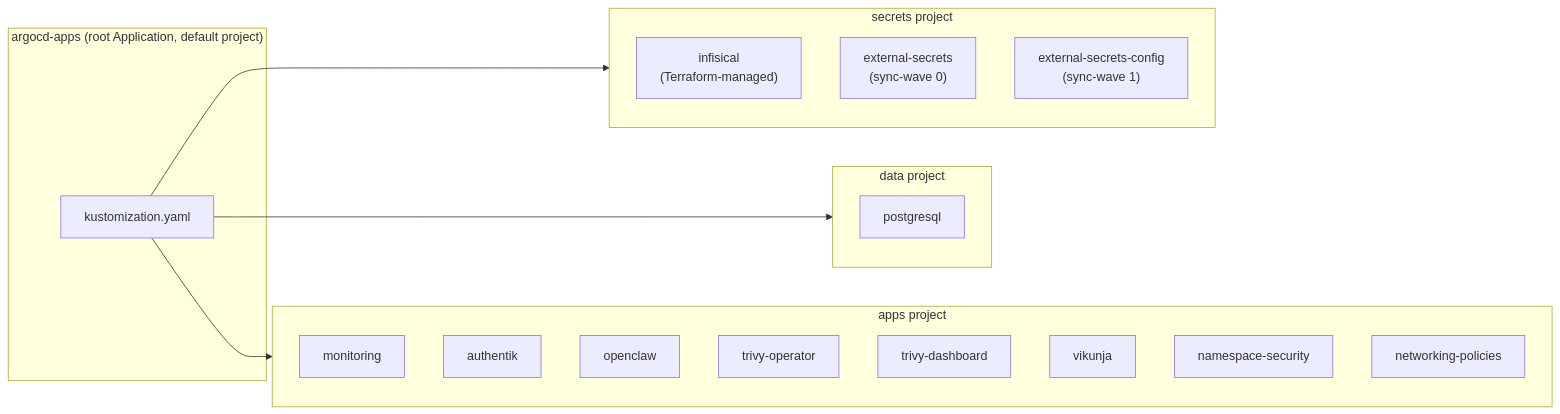
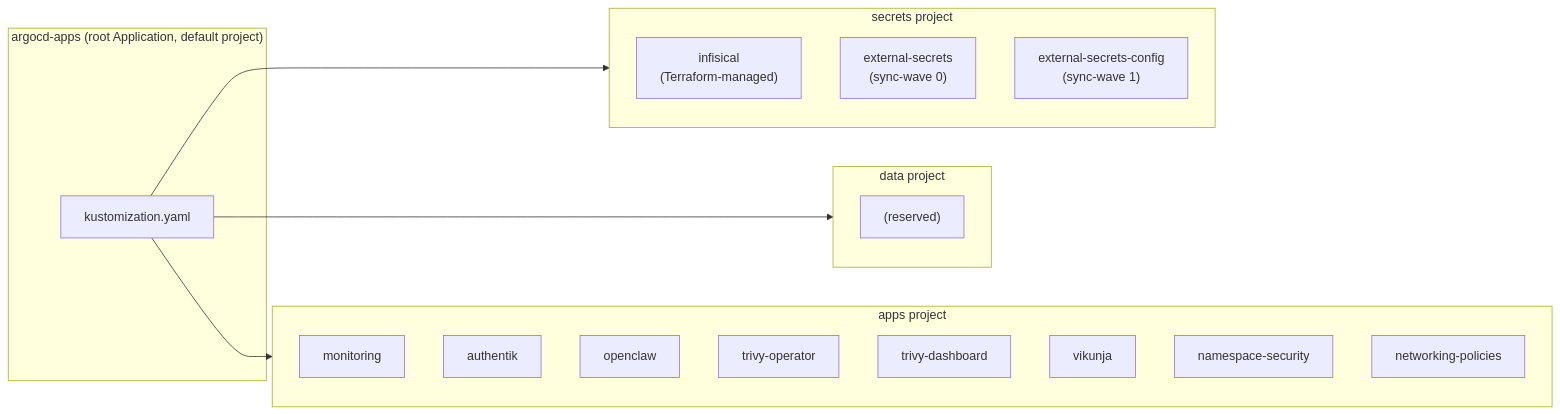
One commit to haingth77/homelab changed the second of 2 diagrams in k8s/apps/argocd/README.md. Above: the diagram before and after it, drawn with Mermaid. The commit also changed 9 other files, not shown here.

````diff
--- a/k8s/apps/argocd/README.md
+++ b/k8s/apps/argocd/README.md
@@ -72,31 +72,31 @@
 ```mermaid
 flowchart LR
     subgraph root["argocd-apps (root Application, default project)"]
         Kustomize["kustomization.yaml"]
     end
 
     subgraph secretsProj["secrets project"]
         Infisical["infisical\n(Terraform-managed)"]
         A1["external-secrets\n(sync-wave 0)"]
         A2["external-secrets-config\n(sync-wave 1)"]
     end
 
     subgraph dataProj["data project"]
-        A3["postgresql"]
+        A3["(reserved)"]
     end
 
     subgraph appsProj["apps project"]
         A5["monitoring"]
         A6["authentik"]
         A7["openclaw"]
         A8["trivy-operator"]
         A11["trivy-dashboard"]
         A12["vikunja"]
         A9["namespace-security"]
         A10["networking-policies"]
     end
 
     Kustomize --> secretsProj
     Kustomize --> dataProj
     Kustomize --> appsProj
 ```
````
